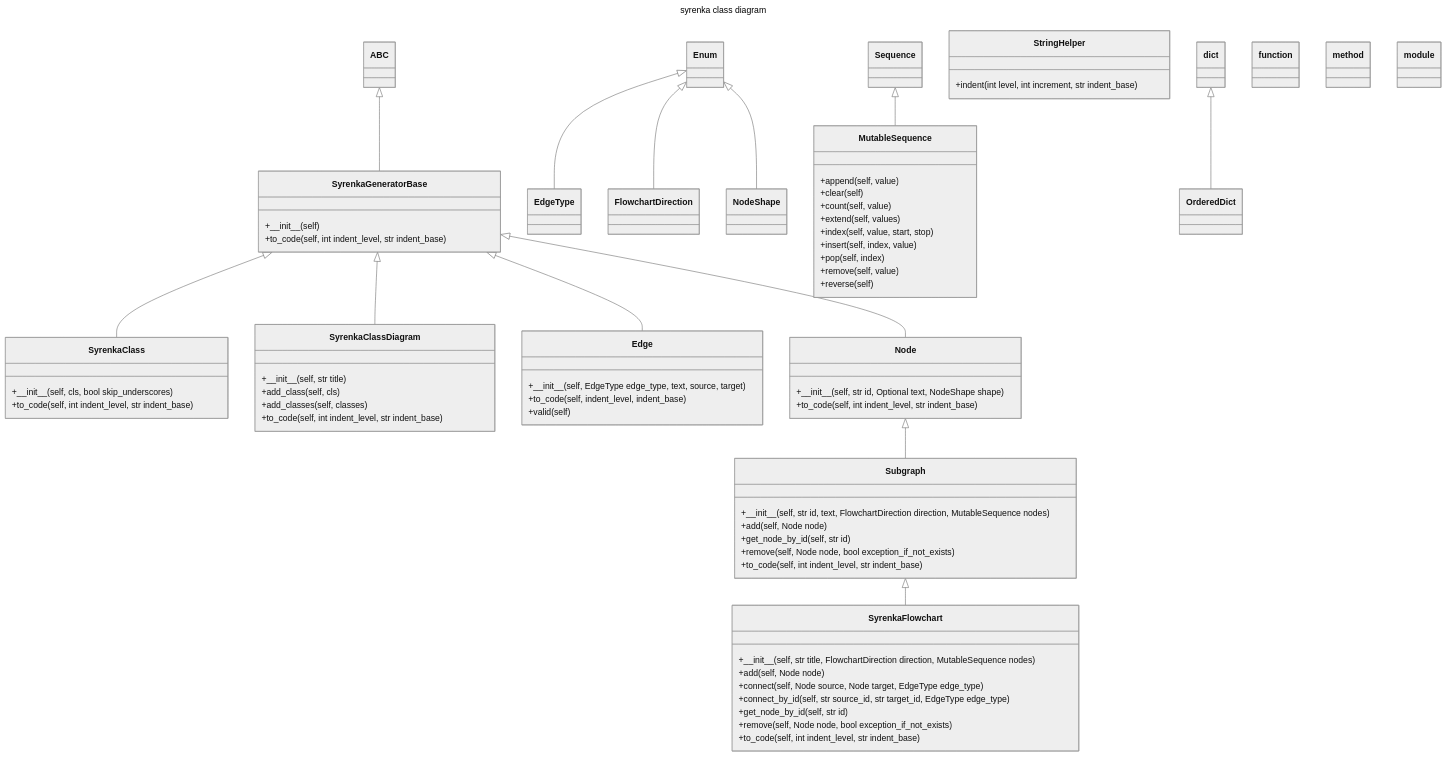
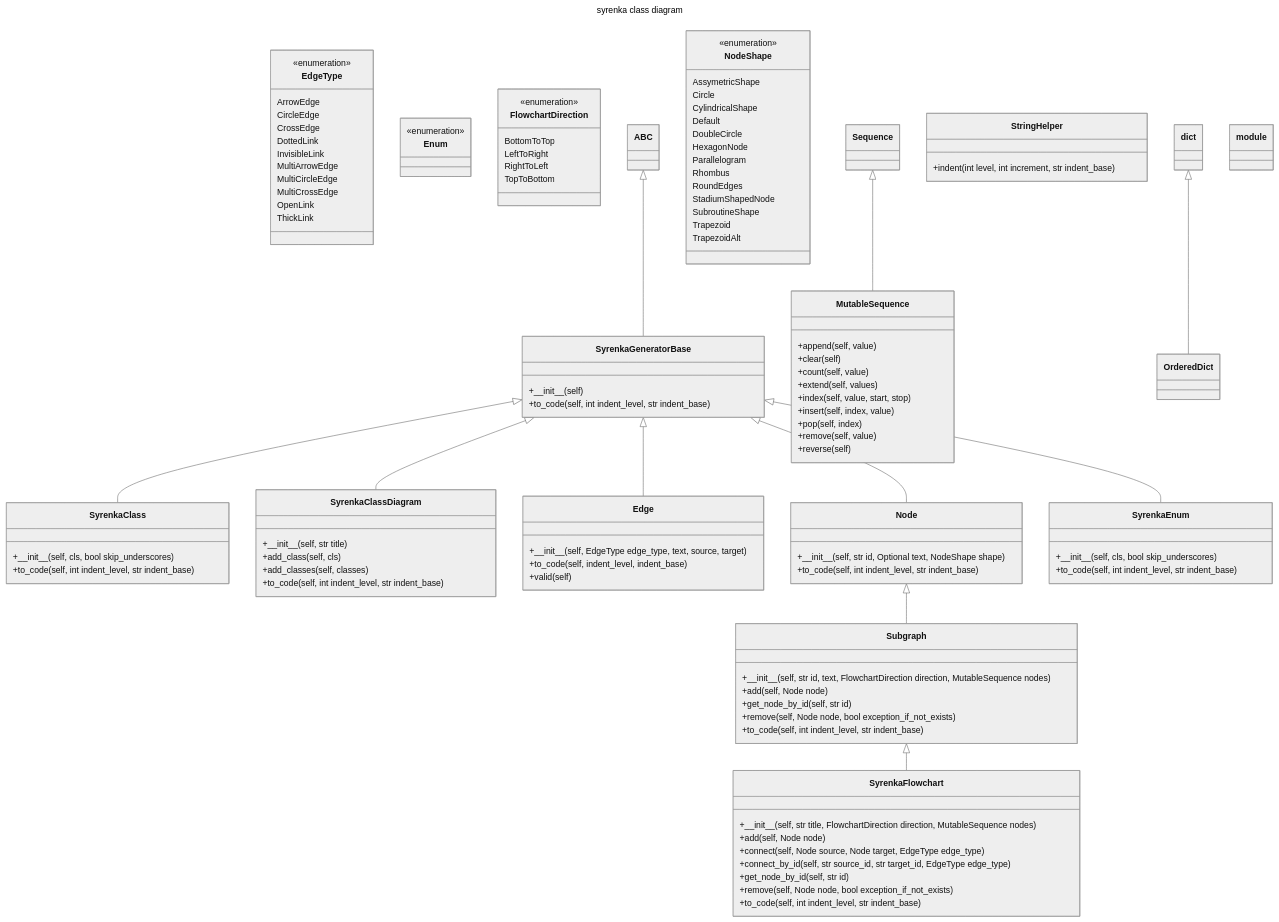
Before and after one commit to bartlomiejcieszkowski/syrenka: the diagram in README.md, drawn with Mermaid (neutral theme). The commit also changed other lines of this file, not shown here.

```diff
--- a/README.md
+++ b/README.md
@@ -48,13 +48,28 @@
     }
     SyrenkaGeneratorBase <|-- Edge
     class EdgeType{
+        <<enumeration>>
+        ArrowEdge
+        CircleEdge
+        CrossEdge
+        DottedLink
+        InvisibleLink
+        MultiArrowEdge
+        MultiCircleEdge
+        MultiCrossEdge
+        OpenLink
+        ThickLink
     }
-    Enum <|-- EdgeType
     class Enum{
+        <<enumeration>>
     }
     class FlowchartDirection{
+        <<enumeration>>
+        BottomToTop
+        LeftToRight
+        RightToLeft
+        TopToBottom
     }
-    Enum <|-- FlowchartDirection
     class MutableSequence{
         +append(self, value)
         +clear(self)
@@ -73,8 +88,21 @@
     }
     SyrenkaGeneratorBase <|-- Node
     class NodeShape{
+        <<enumeration>>
+        AssymetricShape
+        Circle
+        CylindricalShape
+        Default
+        DoubleCircle
+        HexagonNode
+        Parallelogram
+        Rhombus
+        RoundEdges
+        StadiumShapedNode
+        SubroutineShape
+        Trapezoid
+        TrapezoidAlt
     }
-    Enum <|-- NodeShape
     class OrderedDict{
     }
     dict <|-- OrderedDict
@@ -94,11 +122,12 @@
         +to_code(self, int indent_level, str indent_base)
     }
     ABC <|-- SyrenkaGeneratorBase
+    class SyrenkaEnum{
+        +\_\_init\_\_(self, cls, bool skip_underscores)
+        +to_code(self, int indent_level, str indent_base)
+    }
+    SyrenkaGeneratorBase <|-- SyrenkaEnum
     class ABC{
-    }
-    class function{
-    }
-    class method{
     }
     class module{
     }
```
